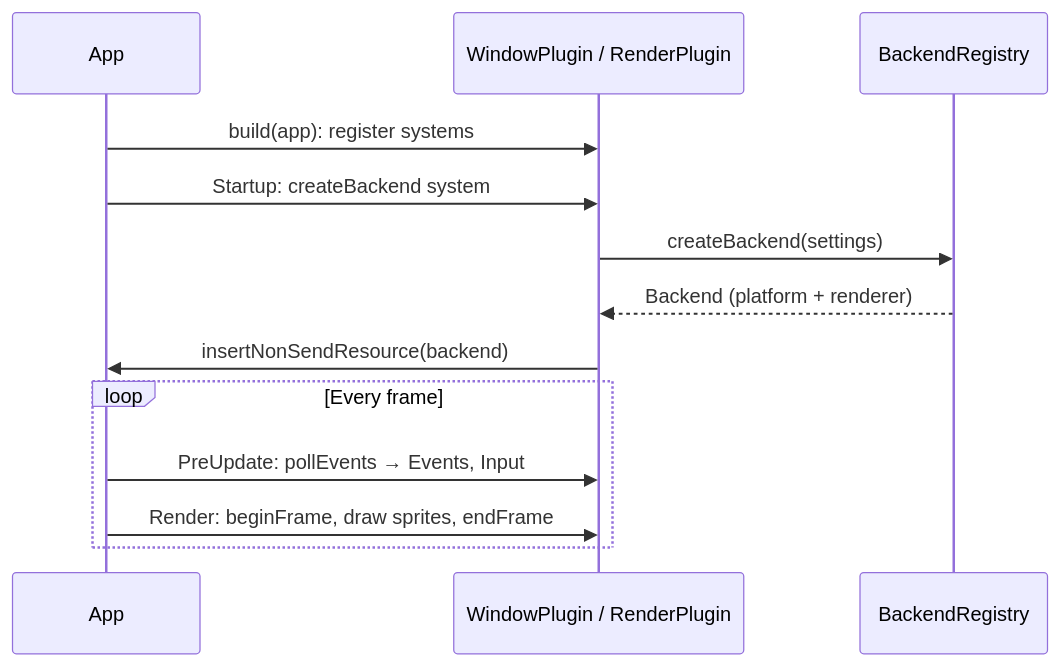
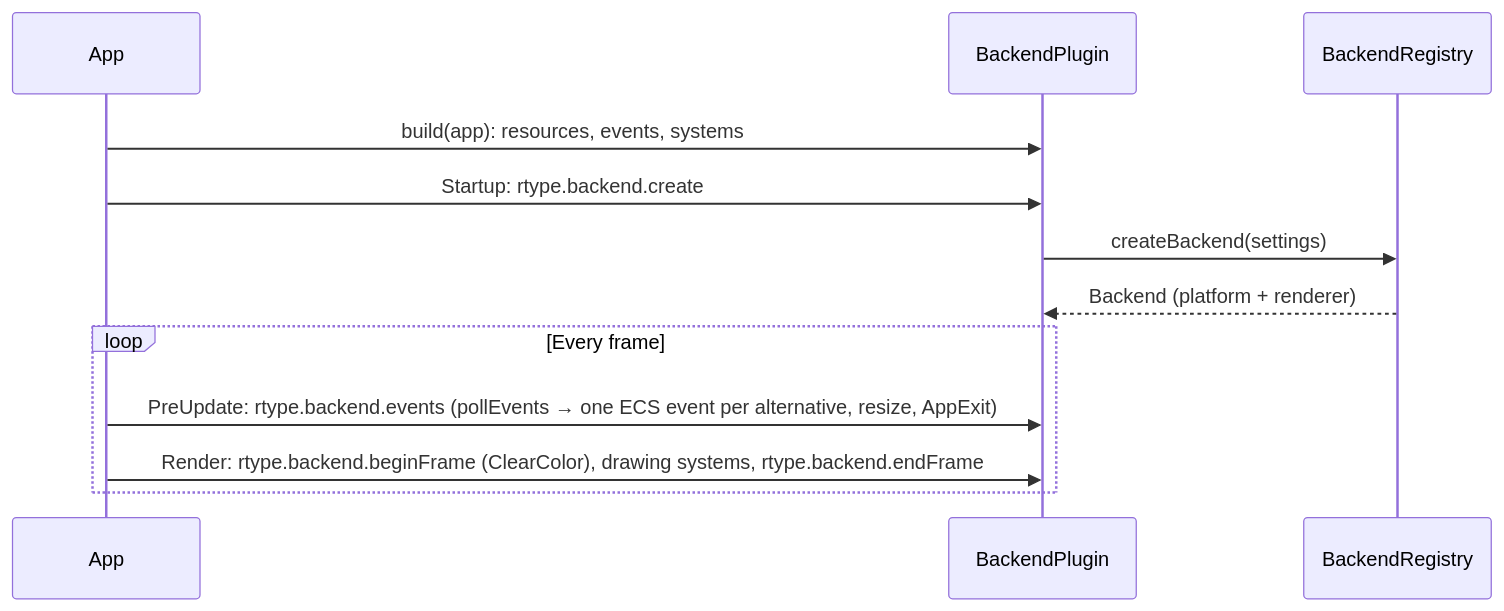
The diagram in docs/ecs/features/14-app-and-plugins.md (Charles-Mahoudeau/rtype), drawn with Mermaid before and after one commit. The commit also changed other lines of this file and 1 other file, not shown here.

First line of the commit message:
docs(ecs): document the backend plugin

````diff
--- a/docs/ecs/features/14-app-and-plugins.md
+++ b/docs/ecs/features/14-app-and-plugins.md
@@ -165,15 +179,14 @@
 ```mermaid
 sequenceDiagram
     participant App
-    participant WP as WindowPlugin / RenderPlugin
+    participant BP as BackendPlugin
     participant BR as BackendRegistry
-    App->>WP: build(app): register systems
-    App->>WP: Startup: createBackend system
-    WP->>BR: createBackend(settings)
-    BR-->>WP: Backend (platform + renderer)
-    WP->>App: insertNonSendResource(backend)
+    App->>BP: build(app): resources, events, systems
+    App->>BP: Startup: rtype.backend.create
+    BP->>BR: createBackend(settings)
+    BR-->>BP: Backend (platform + renderer)
     loop Every frame
-        App->>WP: PreUpdate: pollEvents → Events, Input
-        App->>WP: Render: beginFrame, draw sprites, endFrame
+        App->>BP: PreUpdate: rtype.backend.events (pollEvents → one ECS event per alternative, resize, AppExit)
+        App->>BP: Render: rtype.backend.beginFrame (ClearColor), drawing systems, rtype.backend.endFrame
     end
 ```
````
